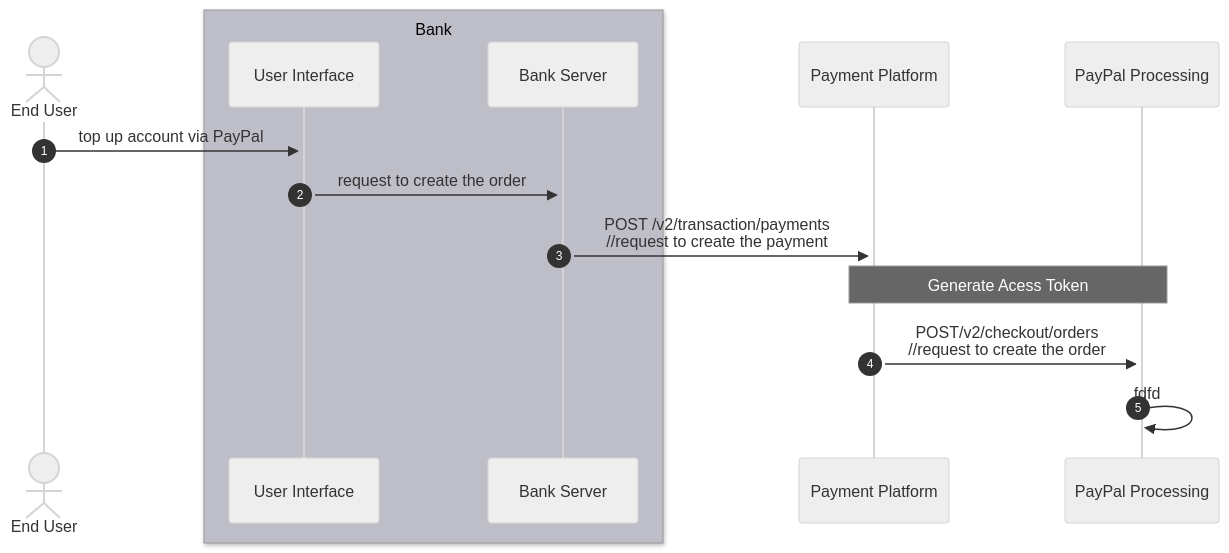
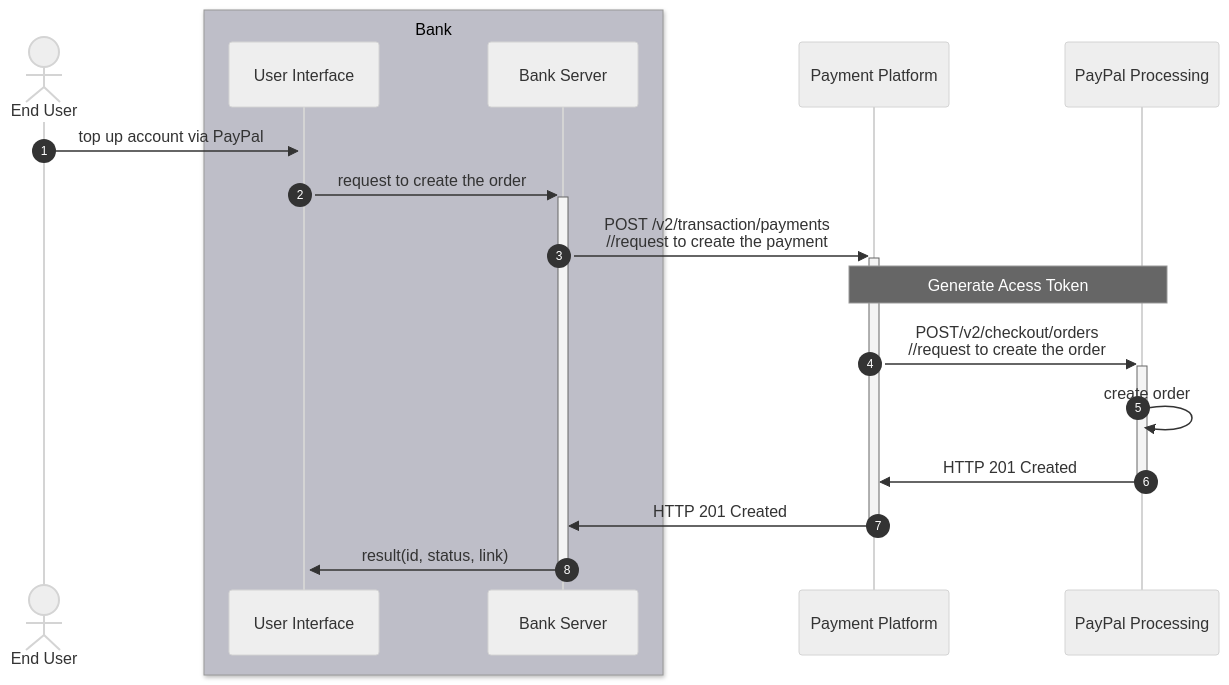
The fourth of 4 diagrams in specifications_template.md (Kuziomkin/specifications-template), drawn with Mermaid before and after one commit. The commit also changed other lines of this file, not shown here.

Commit message:
Update specifications_template.md
Update top up account diagram

````diff
--- a/specifications_template.md
+++ b/specifications_template.md
@@ -212,24 +212,28 @@
 ```mermaid
 ---
 config:
   layout: dagre
   look: classic
   theme: neutral
 ---
   sequenceDiagram
     autonumber
     actor EU as End User
     box rgb(190,190,200) Bank
     participant UI as User Interface
     participant BS as Bank Server
     end
     participant PP as Payment Platform
     participant PAP as PayPal Processing
 
     EU ->>+ UI: top up account via PayPal
       UI ->>+ BS: request to create the order
         BS ->>+ PP: POST /v2/transaction/payments <br/>//request to create the payment
         Note over PP, PAP: Generate Acess Token
-          PP ->>+ PAP: POST/v2/checkout/orders <br/>//request to create the order
-            PAP ->> PAP:fdfd
+            PP ->>+ PAP: POST/v2/checkout/orders <br/>//request to create the order
+                PAP ->> PAP: create order
+            PAP ->>- PP: HTTP 201 Created
+        PP ->>- BS: HTTP 201 Created
+    BS ->>- UI: result(id, status, link)
+            
 ```
````
